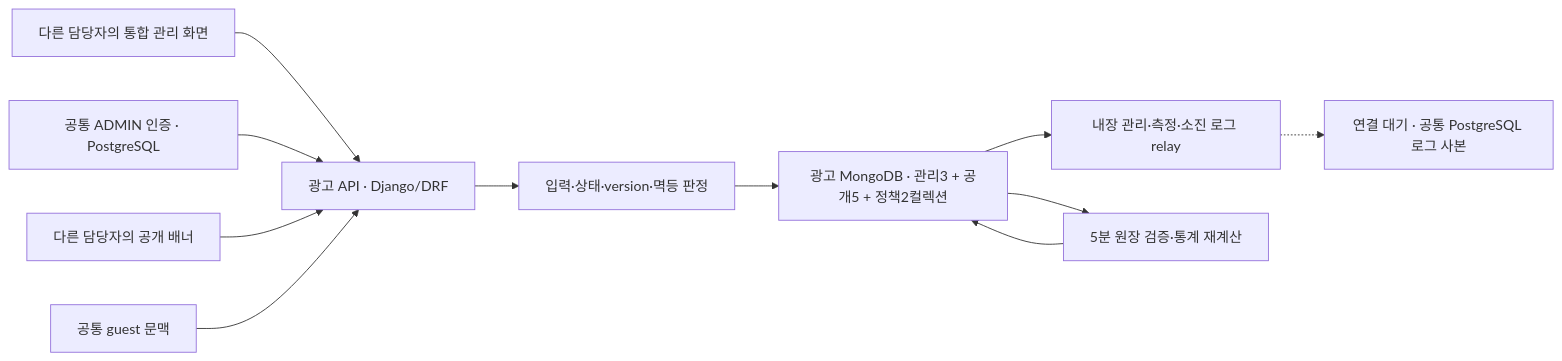
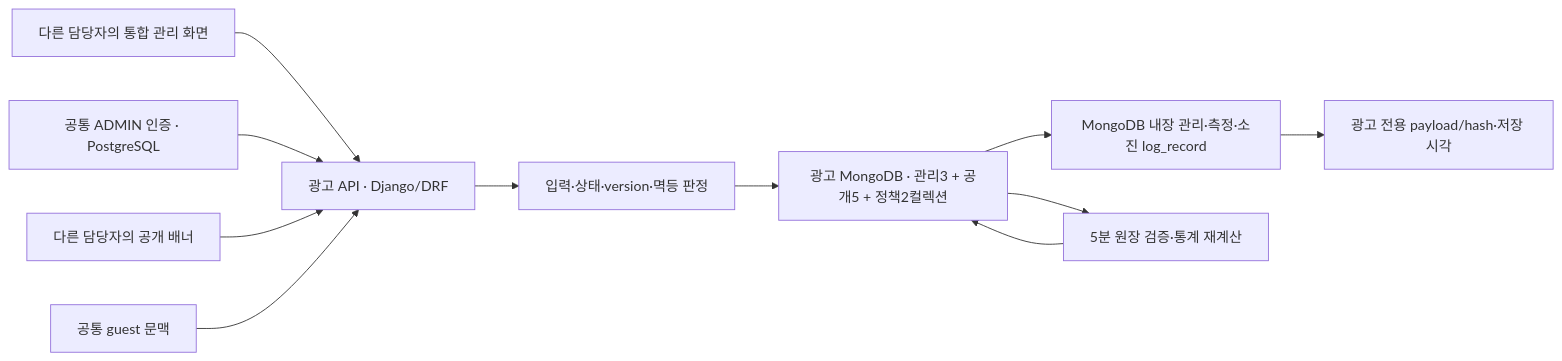
One commit to encore-ai-campus/mlo-01-p3-team1 changed the first of 2 diagrams in docs/development/ads/광고_데이터와_로직_설계.md. Above: the diagram before and after it, drawn with Mermaid. The commit also changed other lines of this file and 125 other files, not shown here.

````diff
--- a/docs/development/ads/광고_데이터와_로직_설계.md
+++ b/docs/development/ads/광고_데이터와_로직_설계.md
@@ -29,13 +33,13 @@
 ```mermaid
 flowchart LR
     UI[다른 담당자의 통합 관리 화면] --> API[광고 API · Django/DRF]
     AUTH[공통 ADMIN 인증 · PostgreSQL] --> API
     PUBLIC[다른 담당자의 공개 배너] --> API
     GUEST[공통 guest 문맥] --> API
     API --> DOMAIN[입력·상태·version·멱등 판정]
     DOMAIN --> MONGO[광고 MongoDB · 관리3 + 공개5 + 정책2컬렉션]
-    MONGO --> RELAY[내장 관리·측정·소진 로그 relay]
+    MONGO --> RELAY[MongoDB 내장 관리·측정·소진 log_record]
     MONGO --> BATCH[5분 원장 검증·통계 재계산]
     BATCH --> MONGO
-    RELAY -.-> LOG[연결 대기 · 공통 PostgreSQL 로그 사본]
+    RELAY --> LOG[광고 전용 payload/hash·저장 시각]
 ```
````
